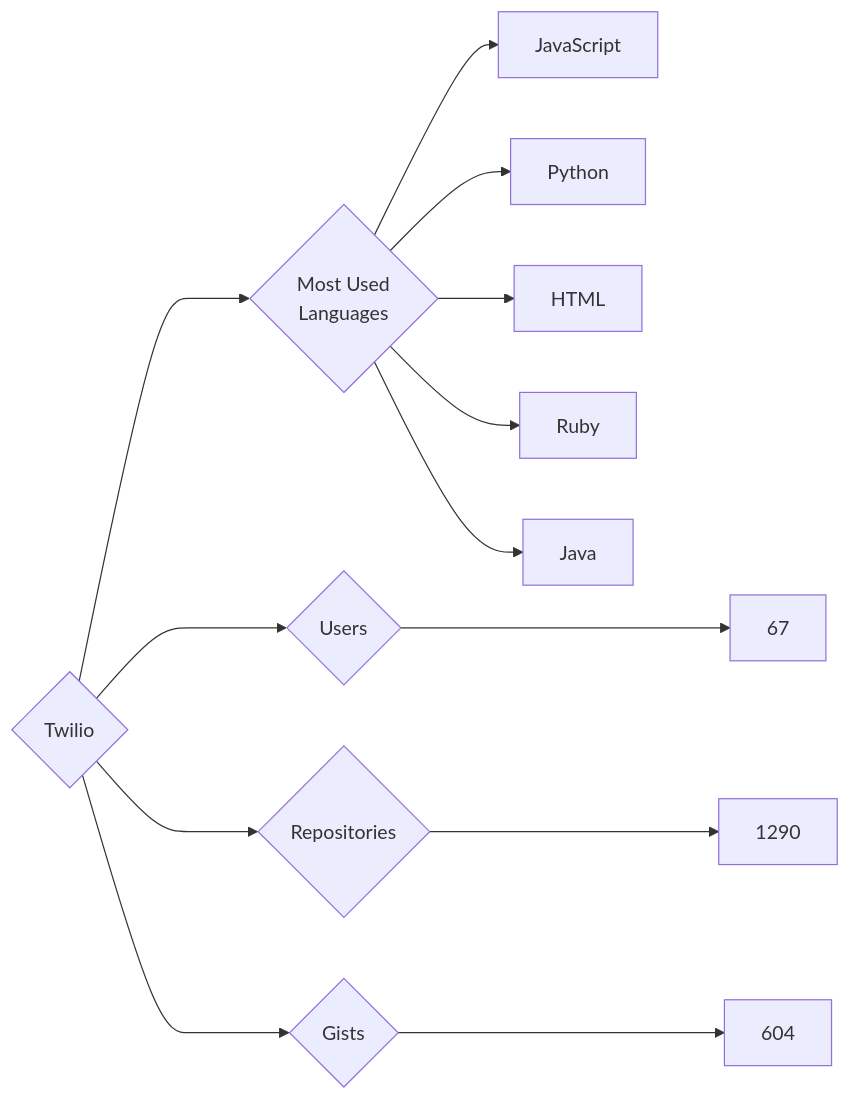
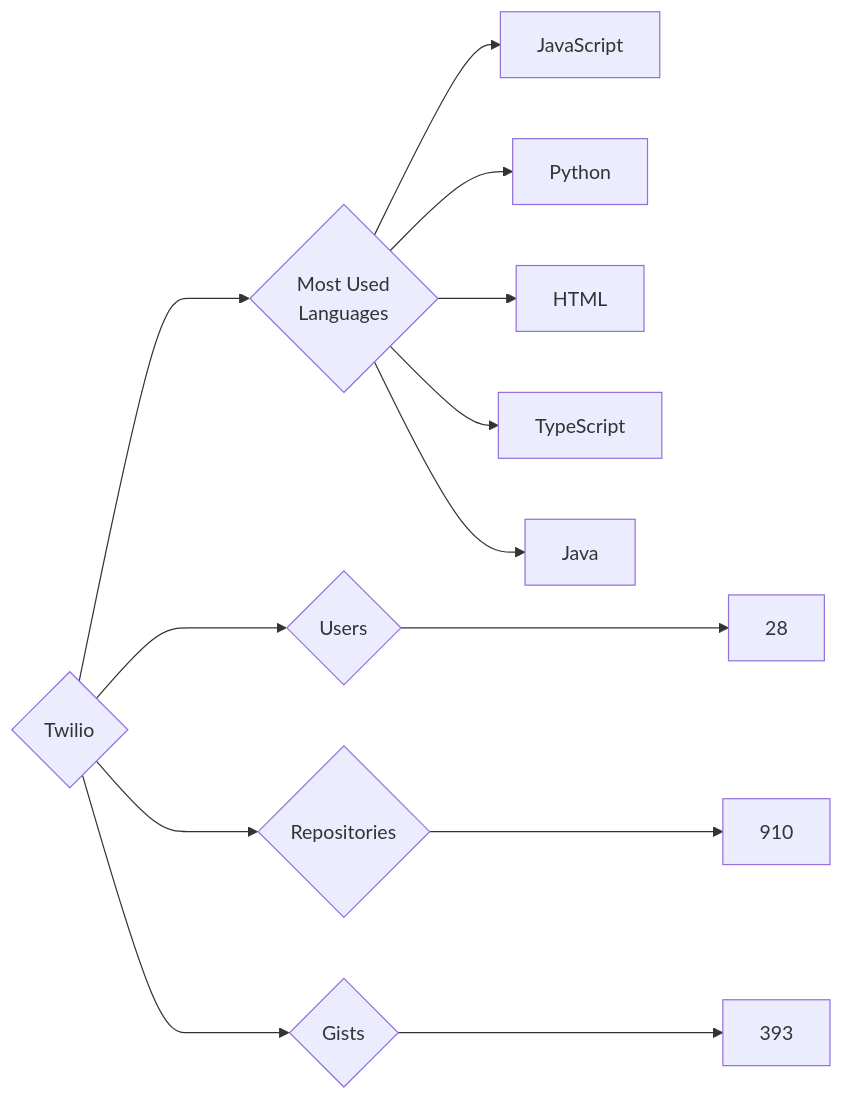
Before and after one commit to trickest/insiders: the diagram in targets/Twilio/README.md, drawn with Mermaid. The commit also changed 814 other files, not shown here.

````diff
--- a/targets/Twilio/README.md
+++ b/targets/Twilio/README.md
@@ -3,13 +3,13 @@
 ```mermaid
 graph LR
 COMPANY_NAME{Twilio}
-COMPANY_NAME ---> U{Users} ---> UN[67]
-COMPANY_NAME ---> R{Repositories} ---> RN[1290]
-COMPANY_NAME ---> G{Gists} ---> GN[604]
+COMPANY_NAME ---> U{Users} ---> UN[28]
+COMPANY_NAME ---> R{Repositories} ---> RN[910]
+COMPANY_NAME ---> G{Gists} ---> GN[393]
 COMPANY_NAME ---> ML{Most Used<br>Languages}
 ML --> JavaScript[JavaScript]
 ML --> Python[Python]
 ML --> HTML[HTML]
-ML --> Ruby[Ruby]
+ML --> TypeScript[TypeScript]
 ML --> Java[Java]
 ```
````
